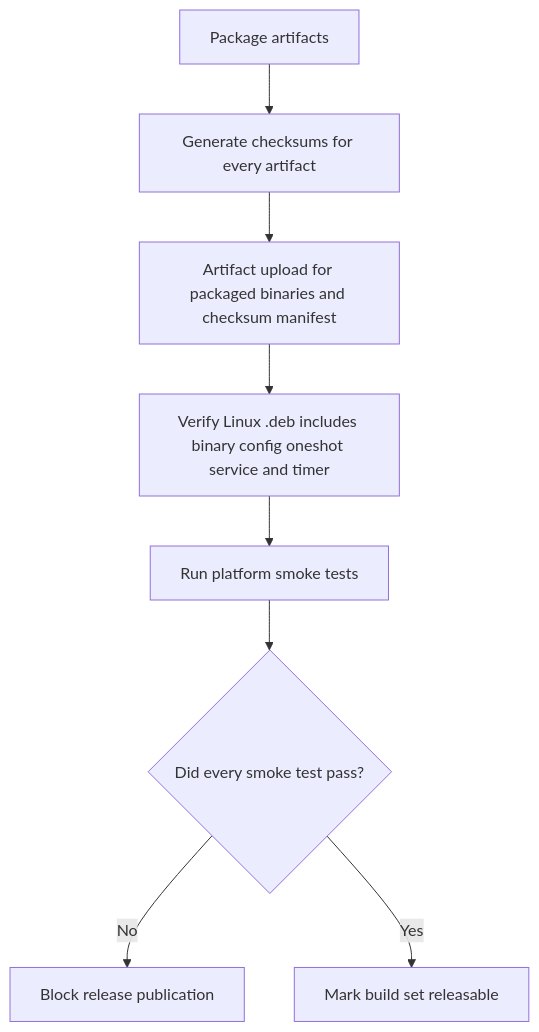
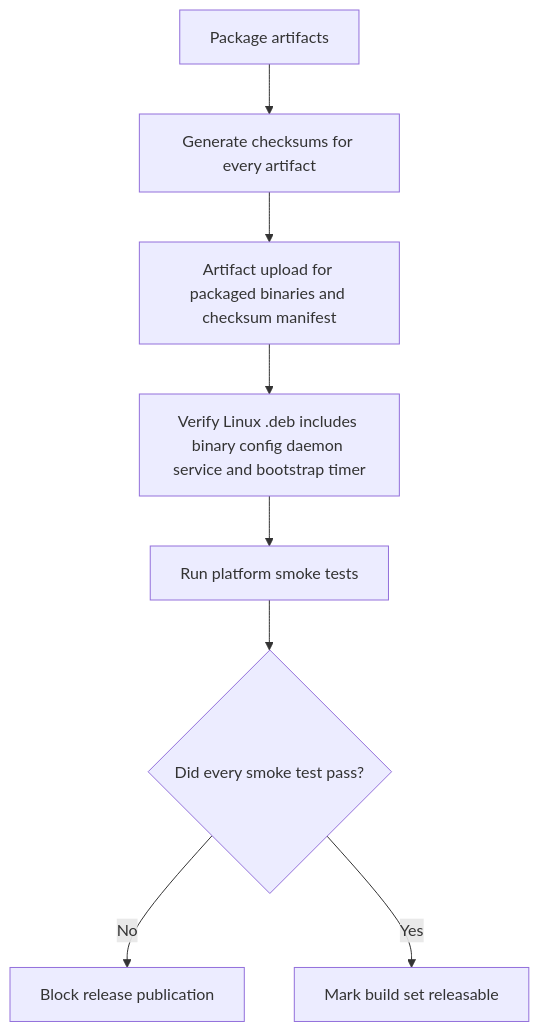
The second of 3 diagrams in flowcharts/cross-platform-build-distribution.md (vivekvedant/prune-guard), drawn with Mermaid before and after one commit. The commit also changed 36 other files, not shown here.

````diff
--- a/flowcharts/cross-platform-build-distribution.md
+++ b/flowcharts/cross-platform-build-distribution.md
@@ -18,10 +18,10 @@
 ```mermaid
 flowchart TD
     A[Package artifacts] --> B[Generate checksums for every artifact]
     B --> C[Artifact upload for packaged binaries and checksum manifest]
-    C --> D[Verify Linux .deb includes binary config oneshot service and timer]
+    C --> D[Verify Linux .deb includes binary config daemon service and bootstrap timer]
     D --> E[Run platform smoke tests]
     E --> F{Did every smoke test pass?}
     F -- No --> G[Block release publication]
     F -- Yes --> H[Mark build set releasable]
 ```
````
